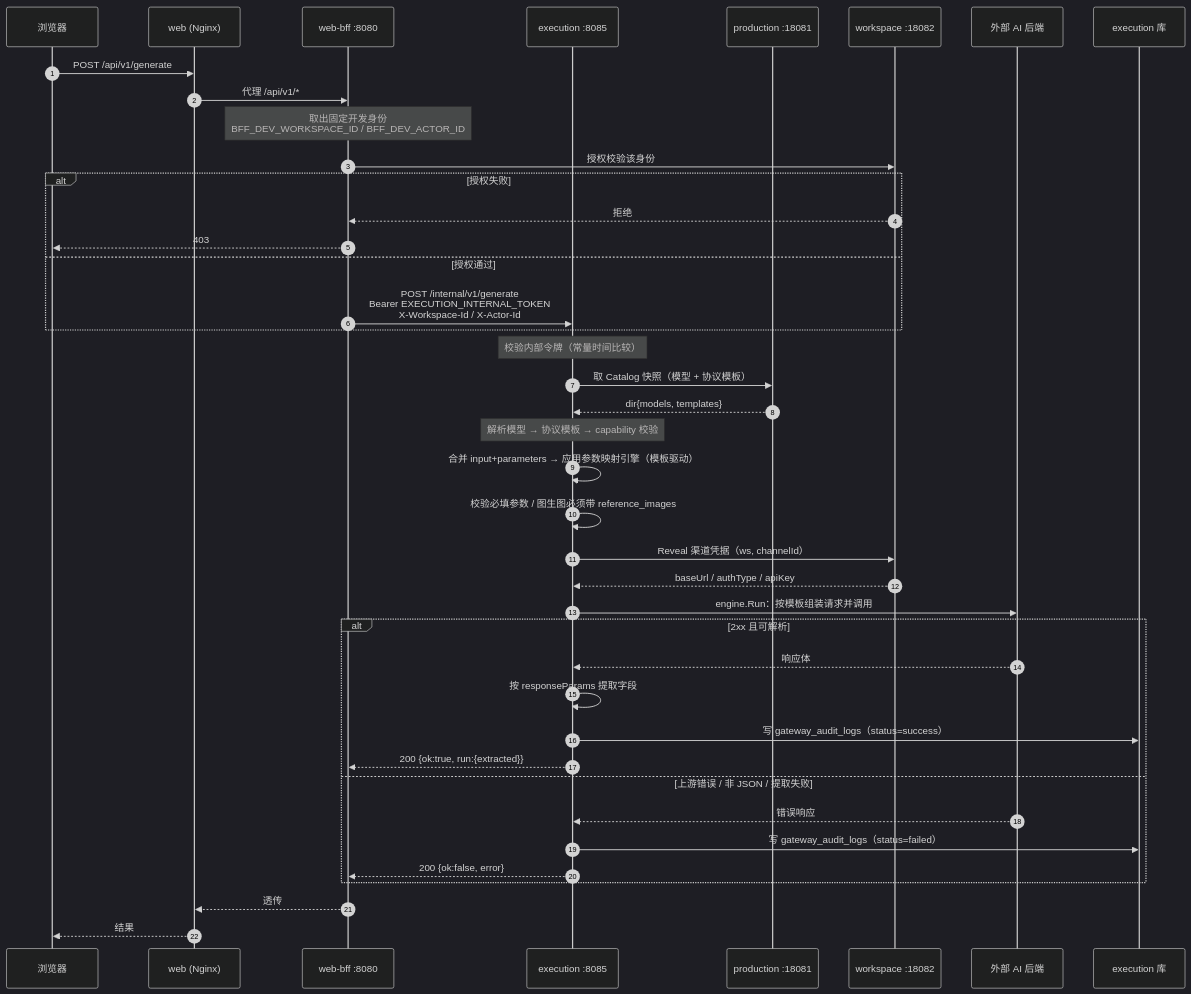
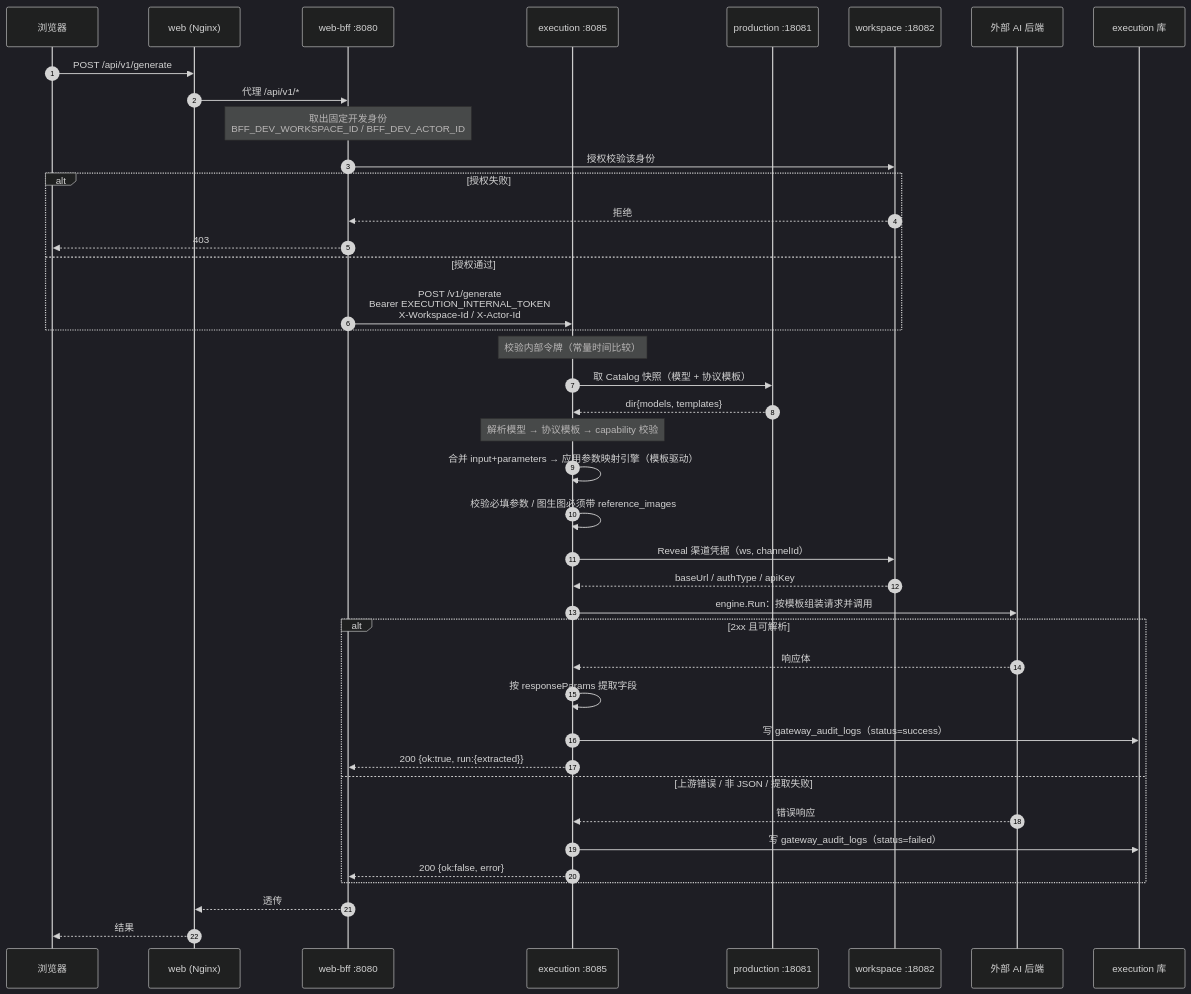
One commit to quanjunqi/ai-video-shot-designer changed the first of 4 diagrams in docs/architecture/02-key-sequences.md. Above: the diagram before and after it, drawn with Mermaid (dark theme). The commit also changed other lines of this file and 3 other files, not shown here.

````diff
--- a/docs/architecture/02-key-sequences.md
+++ b/docs/architecture/02-key-sequences.md
@@ -17,48 +17,48 @@
 ```mermaid
 sequenceDiagram
     autonumber
     participant U as 浏览器
     participant W as web (Nginx)
     participant B as web-bff :8080
     participant X as execution :8085
     participant P as production :18081
     participant S as workspace :18082
     participant A as 外部 AI 后端
     participant DB as execution 库
 
     U->>W: POST /api/v1/generate
     W->>B: 代理 /api/v1/*
     Note over B: 取出固定开发身份<br/>BFF_DEV_WORKSPACE_ID / BFF_DEV_ACTOR_ID
     B->>S: 授权校验该身份
     alt 授权失败
         S-->>B: 拒绝
         B-->>U: 403
     else 授权通过
-        B->>X: POST /internal/v1/generate<br/>Bearer EXECUTION_INTERNAL_TOKEN<br/>X-Workspace-Id / X-Actor-Id
+        B->>X: POST /v1/generate<br/>Bearer EXECUTION_INTERNAL_TOKEN<br/>X-Workspace-Id / X-Actor-Id
     end
 
     Note over X: 校验内部令牌（常量时间比较）
     X->>P: 取 Catalog 快照（模型 + 协议模板）
     P-->>X: dir{models, templates}
     Note over X: 解析模型 → 协议模板 → capability 校验
 
     X->>X: 合并 input+parameters → 应用参数映射引擎（模板驱动）
     X->>X: 校验必填参数 / 图生图必须带 reference_images
 
     X->>S: Reveal 渠道凭据（ws, channelId）
     S-->>X: baseUrl / authType / apiKey
 
     X->>A: engine.Run：按模板组装请求并调用
     alt 2xx 且可解析
         A-->>X: 响应体
         X->>X: 按 responseParams 提取字段
         X->>DB: 写 gateway_audit_logs（status=success）
         X-->>B: 200 {ok:true, run:{extracted}}
     else 上游错误 / 非 JSON / 提取失败
         A-->>X: 错误响应
         X->>DB: 写 gateway_audit_logs（status=failed）
         X-->>B: 200 {ok:false, error}
     end
     B-->>W: 透传
     W-->>U: 结果
 ```
````
